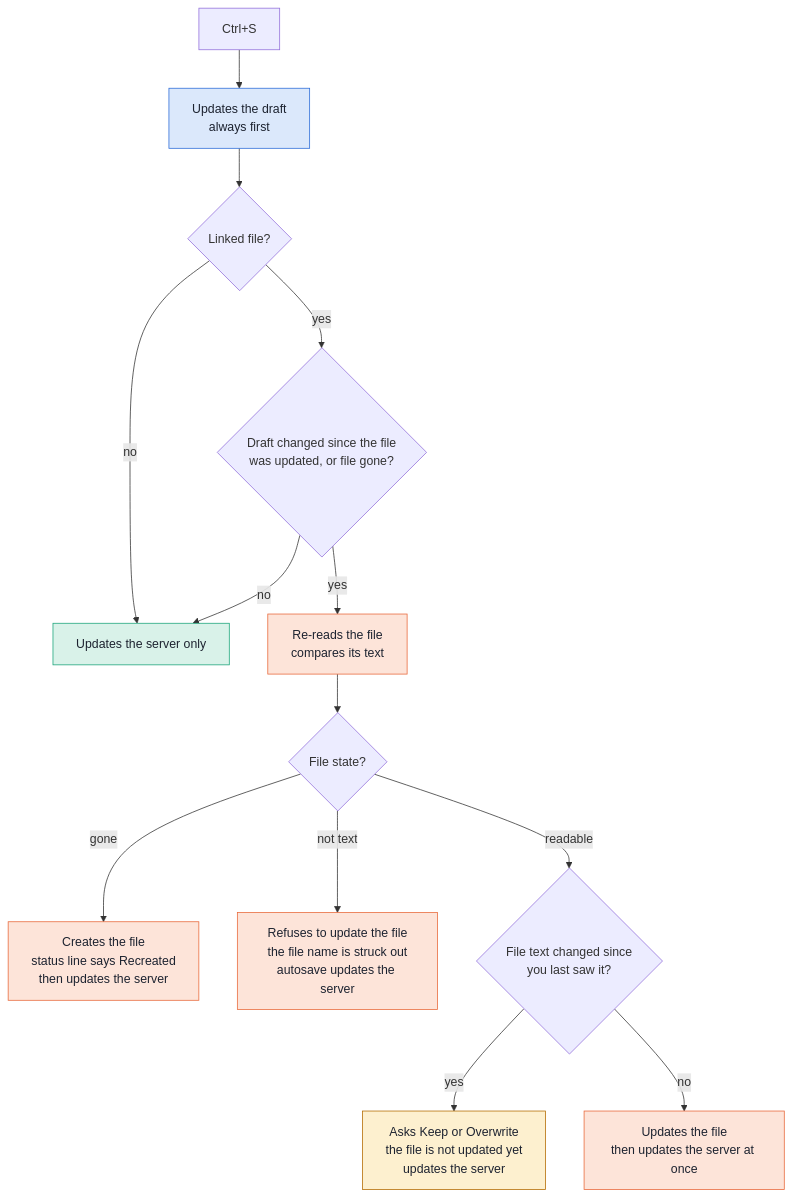
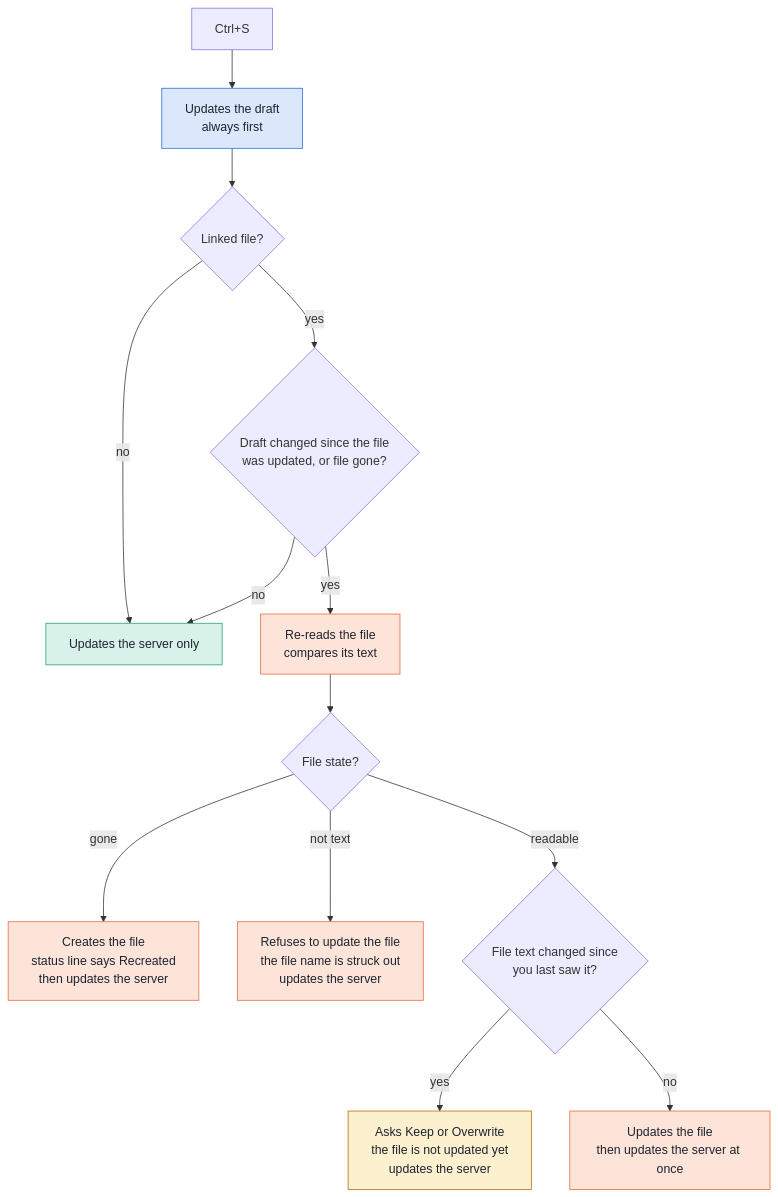
The sixth of 8 diagrams in docs/sync.md (cthtrifork/harper-pad), drawn with Mermaid before and after one commit.

Commit message:
docs(sync): Ctrl+S updates the server when the file is refused

````diff
--- a/docs/sync.md
+++ b/docs/sync.md
@@ -135,19 +135,19 @@
 ```mermaid
 flowchart TD
     S["Ctrl+S"] --> A["Updates the draft<br>always first"]:::app
     A --> Q{"Linked file?"}
     Q -->|no| V["Updates the server only"]:::server
     Q -->|yes| J{"Draft changed since the file<br>was updated, or file gone?"}
     J -->|no| V
     J -->|yes| R["Re-reads the file<br>compares its text"]:::file
     R --> T{"File state?"}
     T -->|gone| C["Creates the file<br>status line says Recreated<br>then updates the server"]:::file
-    T -->|"not text"| N["Refuses to update the file<br>the file name is struck out<br>autosave updates the server"]:::file
+    T -->|"not text"| N["Refuses to update the file<br>the file name is struck out<br>updates the server"]:::file
     T -->|readable| H{"File text changed since<br>you last saw it?"}
     H -->|yes| M["Asks Keep or Overwrite<br>the file is not updated yet<br>updates the server"]:::ask
     H -->|no| W["Updates the file<br>then updates the server at once"]:::file
     classDef app fill:#dbe8fb,stroke:#2a6bd8,color:#1d2330
     classDef file fill:#fde4d9,stroke:#e8683a,color:#1d2330
     classDef server fill:#d9f2e9,stroke:#1aa57a,color:#1d2330
     classDef ask fill:#fdf0cf,stroke:#b36b00,color:#1d2330
 ```
````
